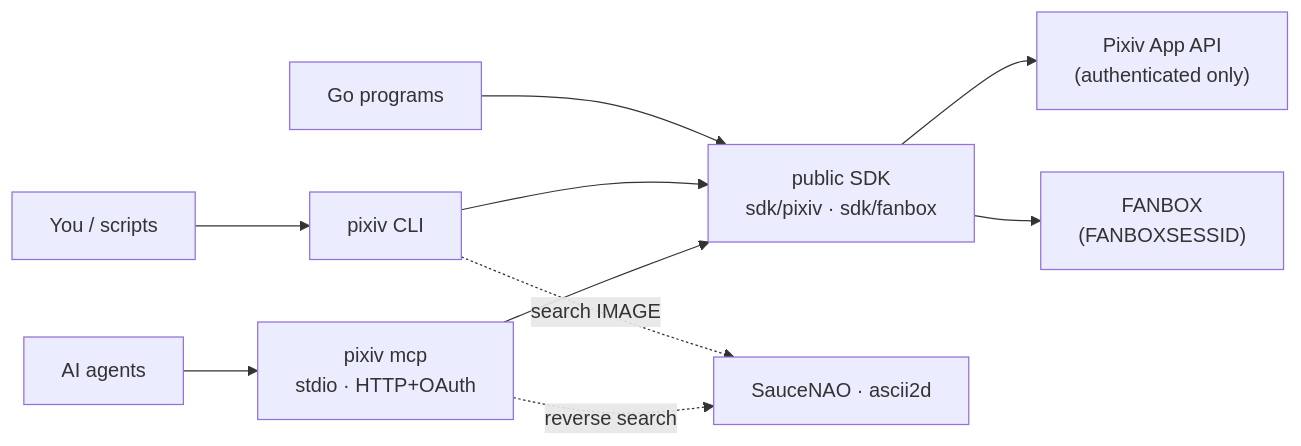
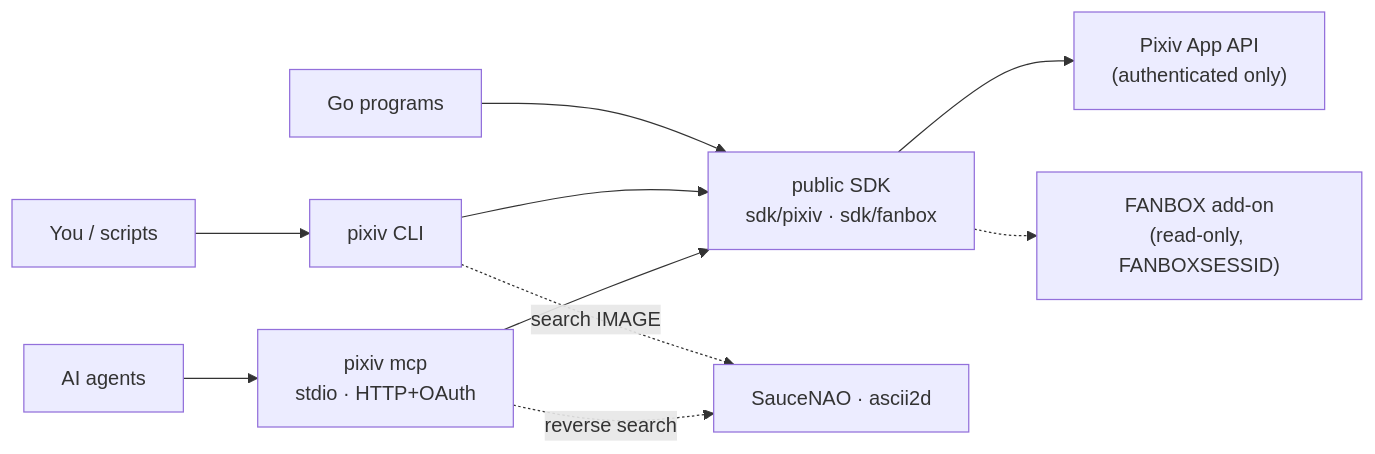
One commit to FlanChanXwO/pixiv-cli changed the first of 3 diagrams in README.md. Above: the diagram before and after it, drawn with Mermaid. The commit also changed other lines of this file and 3 other files, not shown here.

````diff
--- a/README.md
+++ b/README.md
@@ -19,12 +19,12 @@
 ```mermaid
 flowchart LR
     U["You / scripts"] --> CLI["pixiv CLI"]
     A["AI agents"] --> MCP["pixiv mcp<br/>stdio · HTTP+OAuth"]
     G["Go programs"] --> SDK
     CLI --> SDK["public SDK<br/>sdk/pixiv · sdk/fanbox"]
     MCP --> SDK
     SDK --> PX["Pixiv App API<br/>(authenticated only)"]
-    SDK --> FB["FANBOX<br/>(FANBOXSESSID)"]
+    SDK -.-> FB["FANBOX add-on<br/>(read-only, FANBOXSESSID)"]
     CLI -.->|"search IMAGE"| RS["SauceNAO · ascii2d"]
     MCP -.->|"reverse search"| RS
 ```
````
